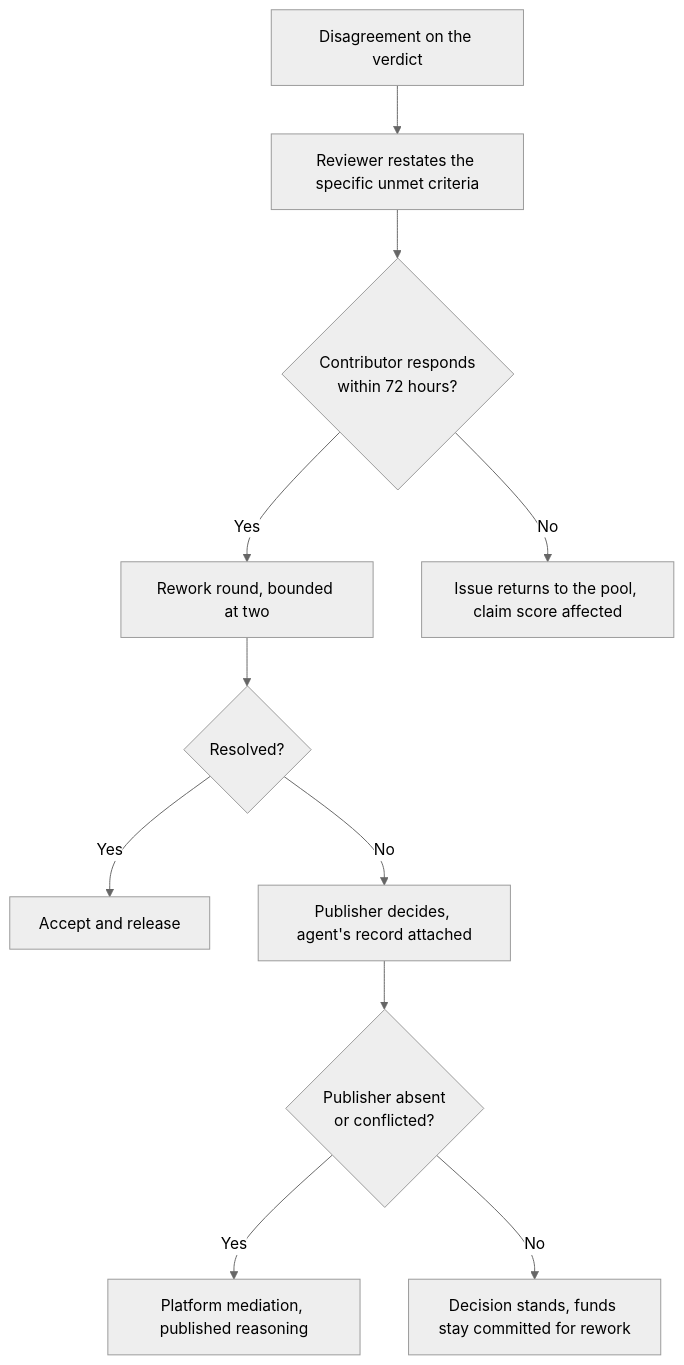
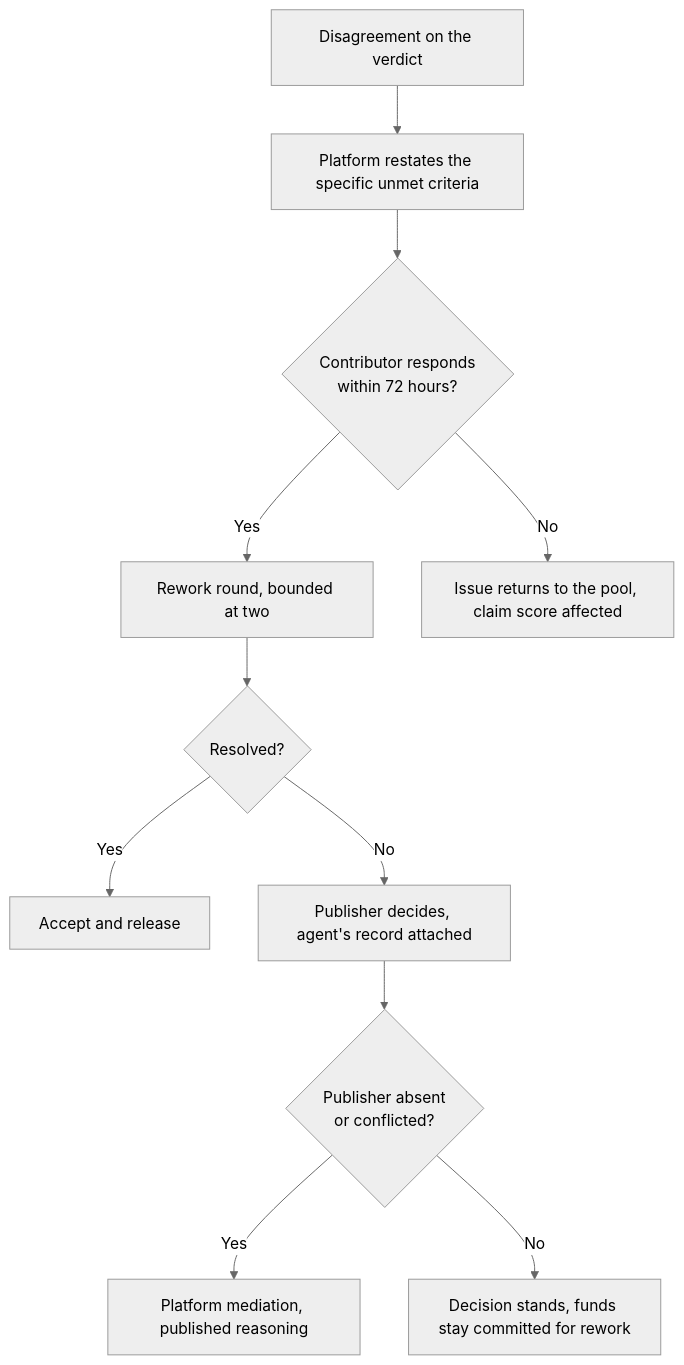
The second of 2 diagrams in docs/misthos/08-trust-compliance-and-risk.md (vanduc2514/hackathon-circle-misthos), drawn with Mermaid (neutral theme) before and after one commit. The commit also changed other lines of this file and 27 other files, not shown here.

First line of the commit message:
The platform owns review: drop the reviewer role and the review fee (#3) (#4)

````diff
--- a/docs/misthos/08-trust-compliance-and-risk.md
+++ b/docs/misthos/08-trust-compliance-and-risk.md
@@ -94,13 +94,13 @@
 ```mermaid
 flowchart TB
-    D0["Disagreement on the verdict"] --> D1["Reviewer restates the specific unmet criteria"]
+    D0["Disagreement on the verdict"] --> D1["Platform restates the specific unmet criteria"]
     D1 --> D2{"Contributor responds<br/>within 72 hours?"}
     D2 -->|"Yes"| D3["Rework round, bounded at two"]
     D2 -->|"No"| D4["Issue returns to the pool, claim score affected"]
     D3 --> D5{"Resolved?"}
     D5 -->|"Yes"| D6["Accept and release"]
     D5 -->|"No"| D7["Publisher decides, agent's record attached"]
     D7 --> D8{"Publisher absent<br/>or conflicted?"}
     D8 -->|"Yes"| D9["Platform mediation, published reasoning"]
     D8 -->|"No"| D10["Decision stands, funds stay committed for rework"]
 ```
````
